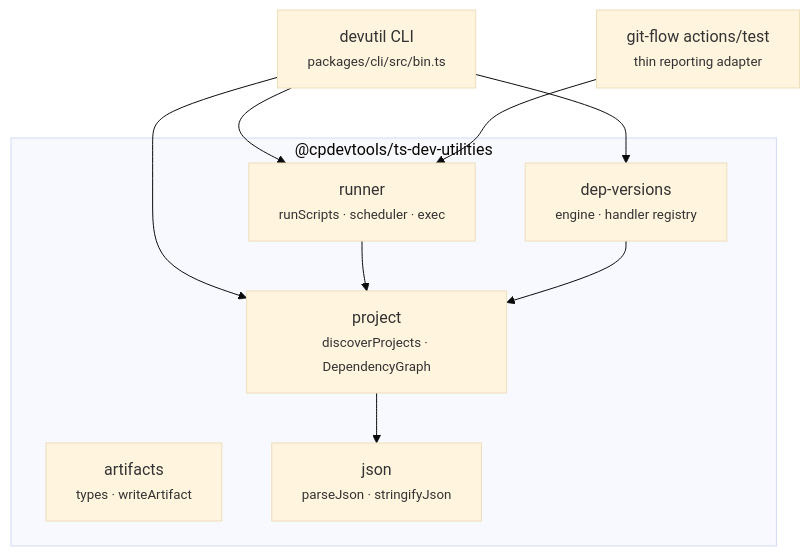
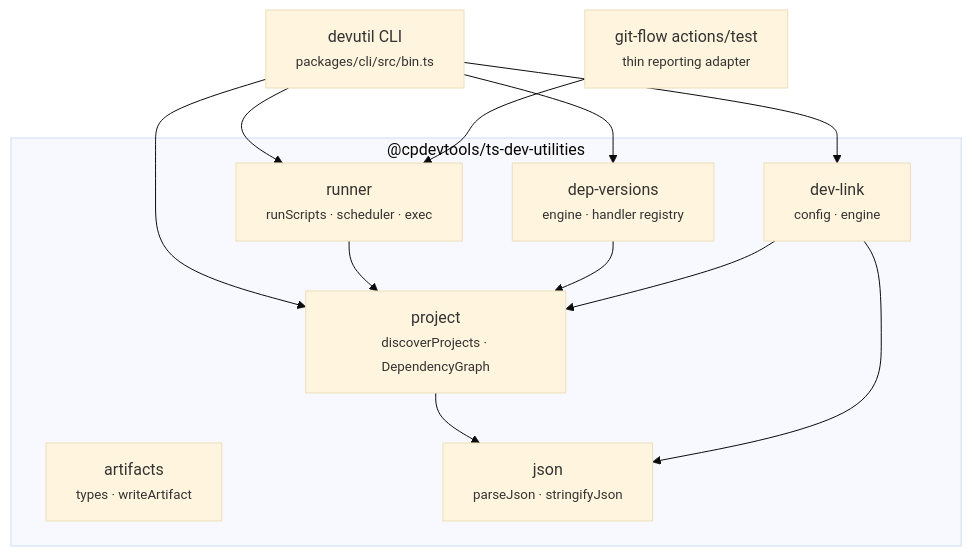
Before and after one commit to cpdevtools/ts-dev-utilities: the diagram in wiki/Architecture.md, drawn with Mermaid (base theme). The commit also changed other lines of this file and 10 other files, not shown here.

````diff
--- a/wiki/Architecture.md
+++ b/wiki/Architecture.md
@@ -25,21 +26,25 @@
 ```mermaid
 flowchart TD
     cli["devutil CLI<br/><small>packages/cli/src/bin.ts</small>"]
     gf["git-flow actions/test<br/><small>thin reporting adapter</small>"]
 
     cli --> runner
     cli --> project
     cli --> dep
+    cli --> devlink
     gf  --> runner
 
     subgraph lib["@cpdevtools/ts-dev-utilities"]
         runner["runner<br/><small>runScripts · scheduler · exec</small>"]
         project["project<br/><small>discoverProjects · DependencyGraph</small>"]
         dep["dep-versions<br/><small>engine · handler registry</small>"]
+        devlink["dev-link<br/><small>config · engine</small>"]
         artifacts["artifacts<br/><small>types · writeArtifact</small>"]
         json["json<br/><small>parseJson · stringifyJson</small>"]
         runner --> project
         project --> json
         dep --> project
+        devlink --> project
+        devlink --> json
     end
 ```
````
